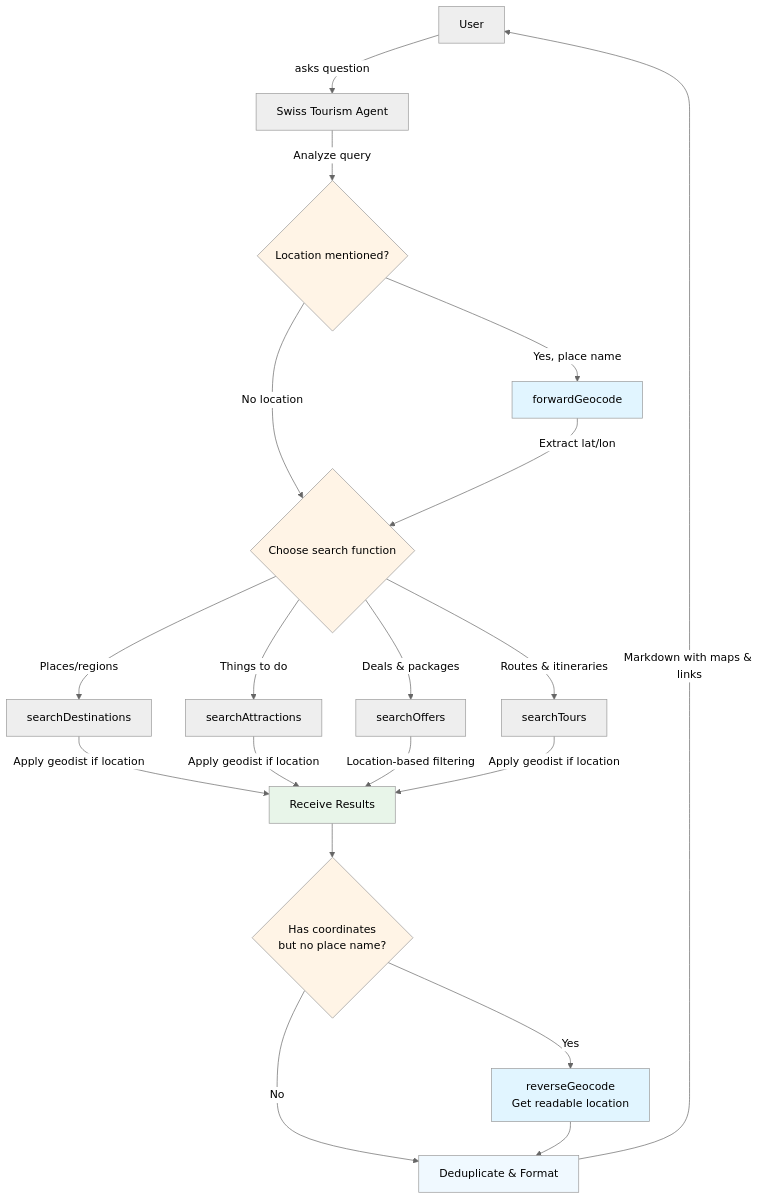
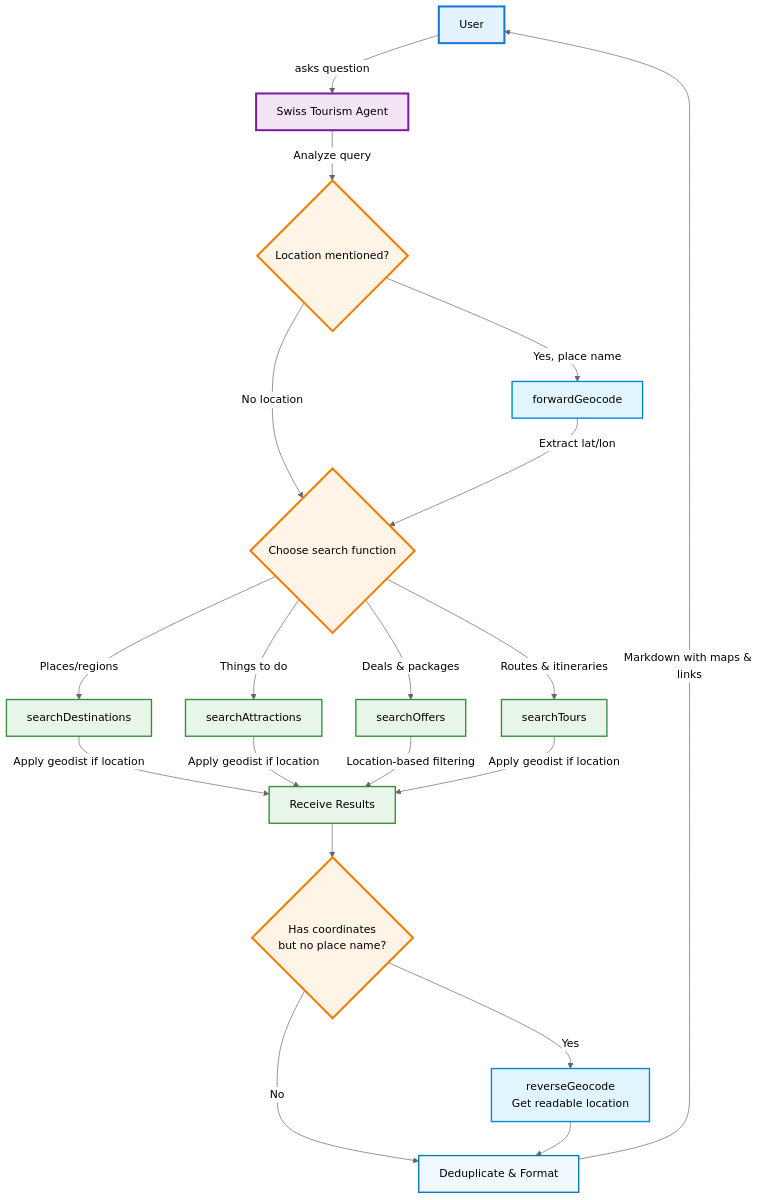
Before and after one commit to INNOQ-doc/innoq-doc: the diagram in cookbook/swiss-tourism-agent.mdx, drawn with Mermaid (neutral theme). The commit also changed 2 other files, not shown here.

Commit message:
Documentation edits made through Mintlify web editor

````diff
--- a/cookbook/swiss-tourism-agent.mdx
+++ b/cookbook/swiss-tourism-agent.mdx
@@ -31,38 +31,44 @@
 ```mermaid
 flowchart TD
   U[User] -->|asks question| A[Swiss Tourism Agent]
   A -->|Analyze query| L{Location mentioned?}
   
   L -->|Yes, place name| FG[forwardGeocode]
   L -->|No location| R
   
   FG -->|Extract lat/lon| R{Choose search function}
   
   R -->|Places/regions| D[searchDestinations]
   R -->|Things to do| AT[searchAttractions]
   R -->|Deals & packages| OF[searchOffers]
   R -->|Routes & itineraries| T[searchTours]
   
   D -->|Apply geodist if location| RES[Receive Results]
   AT -->|Apply geodist if location| RES
   OF -->|Location-based filtering| RES
   T -->|Apply geodist if location| RES
 
   RES --> C{Has coordinates<br/>but no place name?}
 
   C -->|Yes| RG[reverseGeocode<br/>Get readable location]
   C -->|No| P[Deduplicate & Format]
   
   RG --> P
   P -->|Markdown with maps & links| U
   
-  style FG fill:#e1f5ff
-  style RG fill:#e1f5ff
-  style L fill:#fff4e6
-  style R fill:#fff4e6
-  style RES fill:#e8f5e9
-  style C fill:#fff4e6
-  style P fill:#f0f9ff
+  style U fill:#e3f2fd,stroke:#1976d2,stroke-width:3px
+  style A fill:#f3e5f5,stroke:#7b1fa2,stroke-width:3px
+  style L fill:#fff4e6,stroke:#f57c00,stroke-width:3px
+  style FG fill:#e1f5ff,stroke:#0288d1,stroke-width:2px
+  style RG fill:#e1f5ff,stroke:#0288d1,stroke-width:2px
+  style R fill:#fff4e6,stroke:#f57c00,stroke-width:3px
+  style D fill:#e8f5e9,stroke:#388e3c,stroke-width:2px
+  style AT fill:#e8f5e9,stroke:#388e3c,stroke-width:2px
+  style OF fill:#e8f5e9,stroke:#388e3c,stroke-width:2px
+  style T fill:#e8f5e9,stroke:#388e3c,stroke-width:2px
+  style RES fill:#e8f5e9,stroke:#388e3c,stroke-width:2px
+  style C fill:#fff4e6,stroke:#f57c00,stroke-width:3px
+  style P fill:#f0f9ff,stroke:#0277bd,stroke-width:2px
 
 
 ```
````
